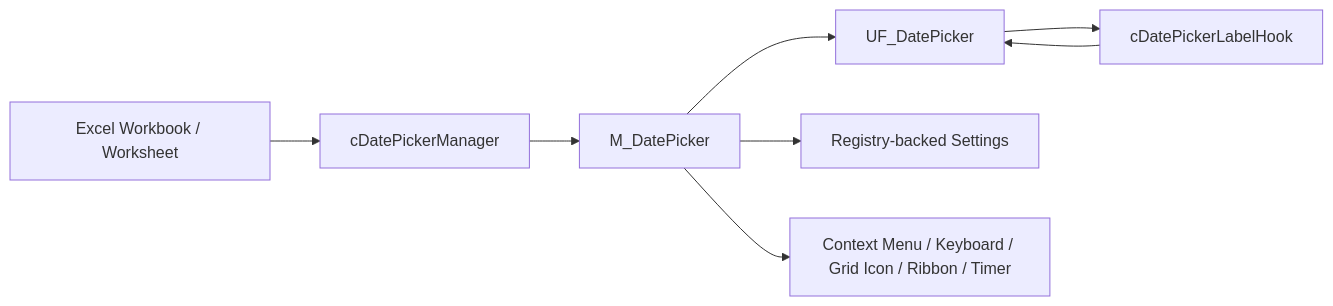
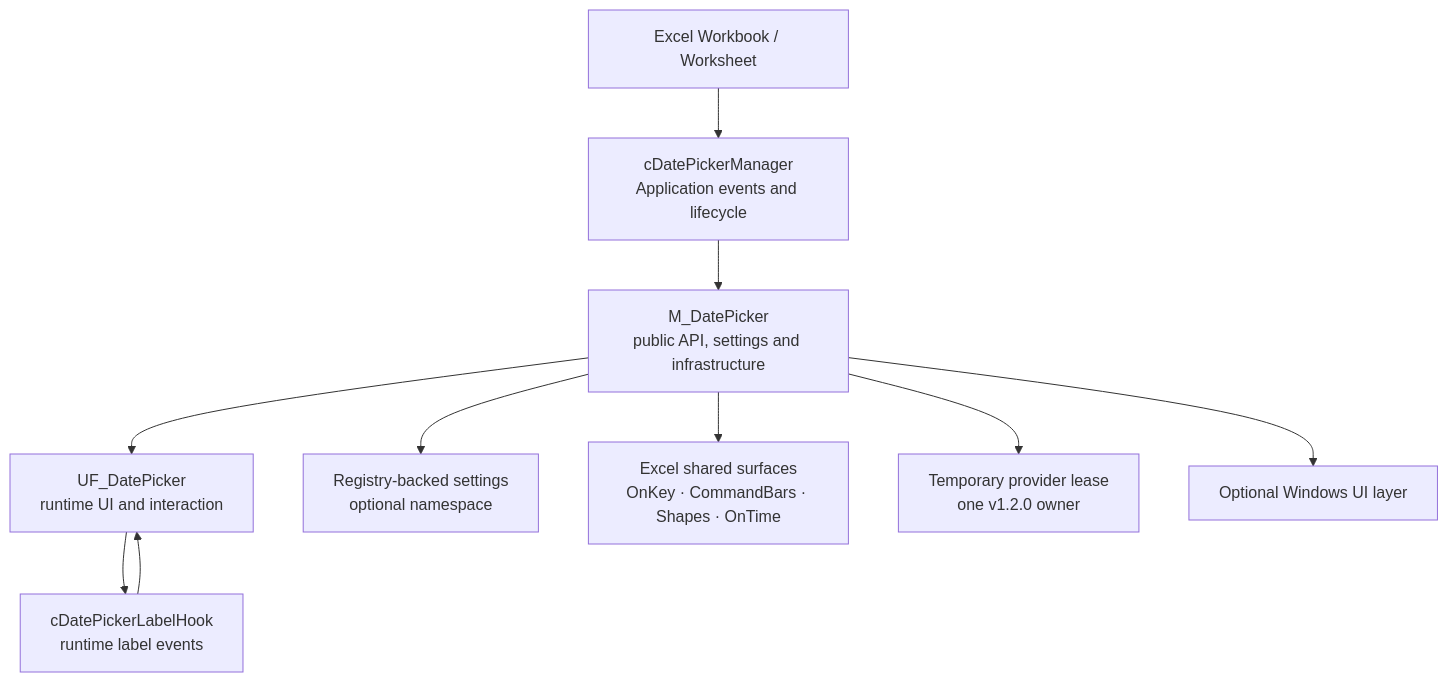
The diagram in README.md (danielep71/VBA-DATETIMEPICKER), drawn with Mermaid before and after one commit. The commit also changed other lines of this file, not shown here.

````diff
--- a/README.md
+++ b/README.md
@@ -258,10 +891,22 @@
 ```mermaid
-flowchart LR
-    Excel[Excel Workbook / Worksheet] --> Manager[cDatePickerManager]
-    Manager --> Module[M_DatePicker]
-    Module --> Form[UF_DatePicker]
-    Form --> Hooks[cDatePickerLabelHook]
-    Hooks --> Form
-    Module --> Settings[Registry-backed Settings]
-    Module --> UI[Context Menu / Keyboard / Grid Icon / Ribbon / Timer]
+flowchart TD
+    EXCEL[Excel Workbook / Worksheet]
+    MANAGER[cDatePickerManager<br/>Application events and lifecycle]
+    MODULE[M_DatePicker<br/>public API, settings and infrastructure]
+    FORM[UF_DatePicker<br/>runtime UI and interaction]
+    HOOKS[cDatePickerLabelHook<br/>runtime label events]
+    SETTINGS[Registry-backed settings<br/>optional namespace]
+    SURFACES[Excel shared surfaces<br/>OnKey · CommandBars · Shapes · OnTime]
+    LEASE[Temporary provider lease<br/>one v1.2.0 owner]
+    WINAPI[Optional Windows UI layer]
+
+    EXCEL --> MANAGER
+    MANAGER --> MODULE
+    MODULE --> FORM
+    FORM --> HOOKS
+    HOOKS --> FORM
+    MODULE --> SETTINGS
+    MODULE --> SURFACES
+    MODULE --> LEASE
+    MODULE --> WINAPI
 ```
````
